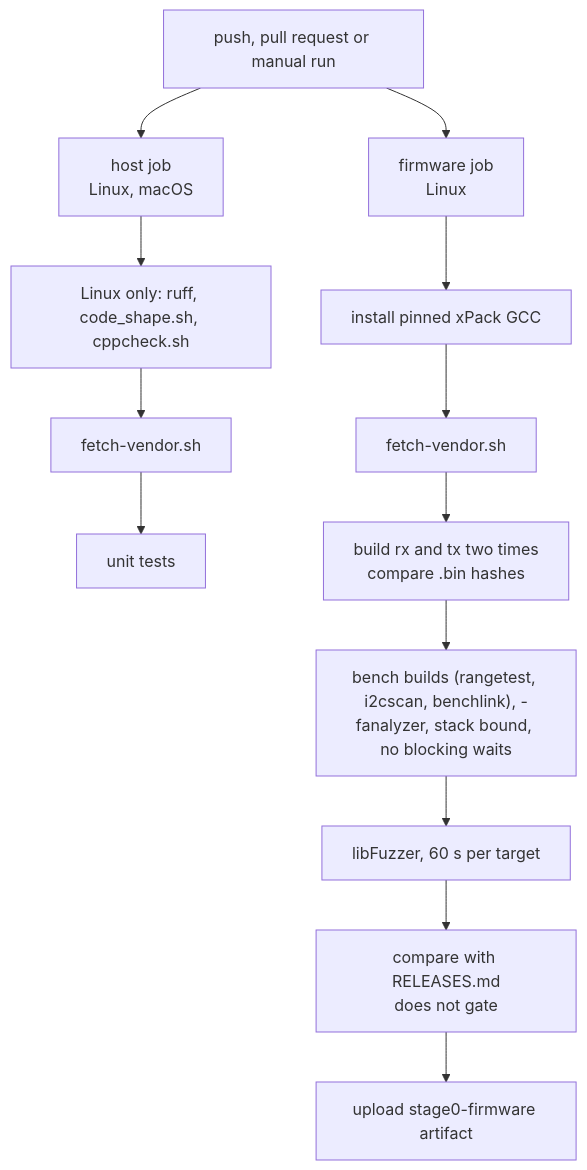
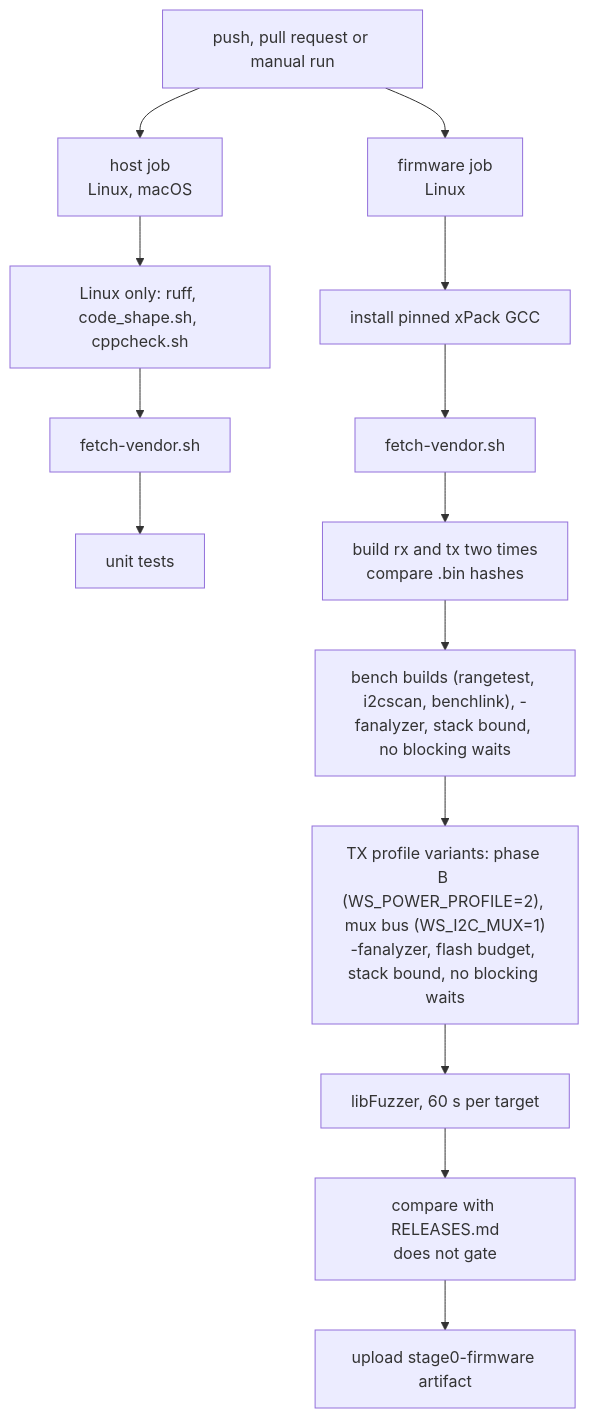
Before and after one commit to clintecker/weather-station-2026: the second of 2 diagrams in tools/README.md, drawn with Mermaid. The commit also changed other lines of this file and 303 other files, not shown here.

````diff
--- a/tools/README.md
+++ b/tools/README.md
@@ -52,15 +56,16 @@
 ```mermaid
 flowchart TD
   P["push, pull request or manual run"] --> H["host job<br/>Linux, macOS"]
   P --> F["firmware job<br/>Linux"]
   H --> H1["Linux only: ruff, code_shape.sh, cppcheck.sh"]
   H1 --> H2["fetch-vendor.sh"]
   H2 --> H3["unit tests"]
   F --> F1["install pinned xPack GCC"]
   F1 --> F2["fetch-vendor.sh"]
   F2 --> F3["build rx and tx two times<br/>compare .bin hashes"]
   F3 --> F4["bench builds (rangetest, i2cscan, benchlink), -fanalyzer, stack bound, no blocking waits"]
-  F4 --> F5["libFuzzer, 60 s per target"]
+  F4 --> F4b["TX profile variants: phase B (WS_POWER_PROFILE=2), mux bus (WS_I2C_MUX=1)<br/>-fanalyzer, flash budget, stack bound, no blocking waits"]
+  F4b --> F5["libFuzzer, 60 s per target"]
   F5 --> F6["compare with RELEASES.md<br/>does not gate"]
   F6 --> F7["upload stage0-firmware artifact"]
 ```
````
